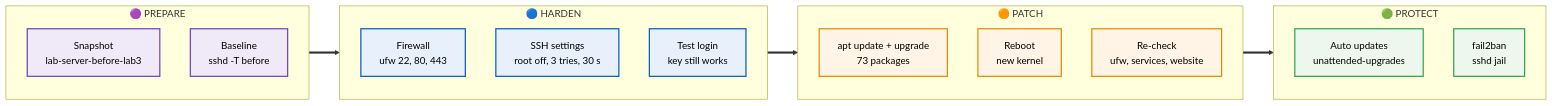
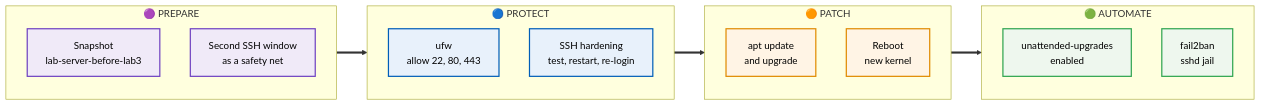
One commit to malaika-azhar/Linux-SysAdmin-Labs changed the first of 5 diagrams in lab03-ssh-firewall-patching/README.md. Above: the diagram before and after it, drawn with Mermaid. The commit also changed other lines of this file, not shown here.

````diff
--- a/lab03-ssh-firewall-patching/README.md
+++ b/lab03-ssh-firewall-patching/README.md
@@ -184,35 +184,33 @@
 ```mermaid
 flowchart LR
     subgraph G1["🟣 PREPARE"]
         direction TB
         A1["Snapshot<br/>lab-server-before-lab3"]
-        A2["Baseline<br/>sshd -T before"]
+        A2["Second SSH window<br/>as a safety net"]
     end
-    subgraph G2["🔵 HARDEN"]
+    subgraph G2["🔵 PROTECT"]
         direction TB
-        B1["Firewall<br/>ufw 22, 80, 443"]
-        B2["SSH settings<br/>root off, 3 tries, 30 s"]
-        B3["Test login<br/>key still works"]
+        B1["ufw<br/>allow 22, 80, 443"]
+        B2["SSH hardening<br/>test, restart, re-login"]
     end
     subgraph G3["🟠 PATCH"]
         direction TB
-        C1["apt update + upgrade<br/>73 packages"]
+        C1["apt update<br/>and upgrade"]
         C2["Reboot<br/>new kernel"]
-        C3["Re-check<br/>ufw, services, website"]
     end
-    subgraph G4["🟢 PROTECT"]
+    subgraph G4["🟢 AUTOMATE"]
         direction TB
-        D1["Auto updates<br/>unattended-upgrades"]
+        D1["unattended-upgrades<br/>enabled"]
         D2["fail2ban<br/>sshd jail"]
     end
     G1 ==> G2 ==> G3 ==> G4
 
     classDef pr fill:#f0eaf8,stroke:#6f42c1,stroke-width:2px,color:#000
     classDef po fill:#e8f1fb,stroke:#005EB8,stroke-width:2px,color:#000
     classDef di fill:#fff4e5,stroke:#e08a00,stroke-width:2px,color:#000
     classDef re fill:#eef7ee,stroke:#2ea44f,stroke-width:2px,color:#000
     class A1,A2 pr
-    class B1,B2,B3 po
-    class C1,C2,C3 di
+    class B1,B2 po
+    class C1,C2 di
     class D1,D2 re
 ```
````
